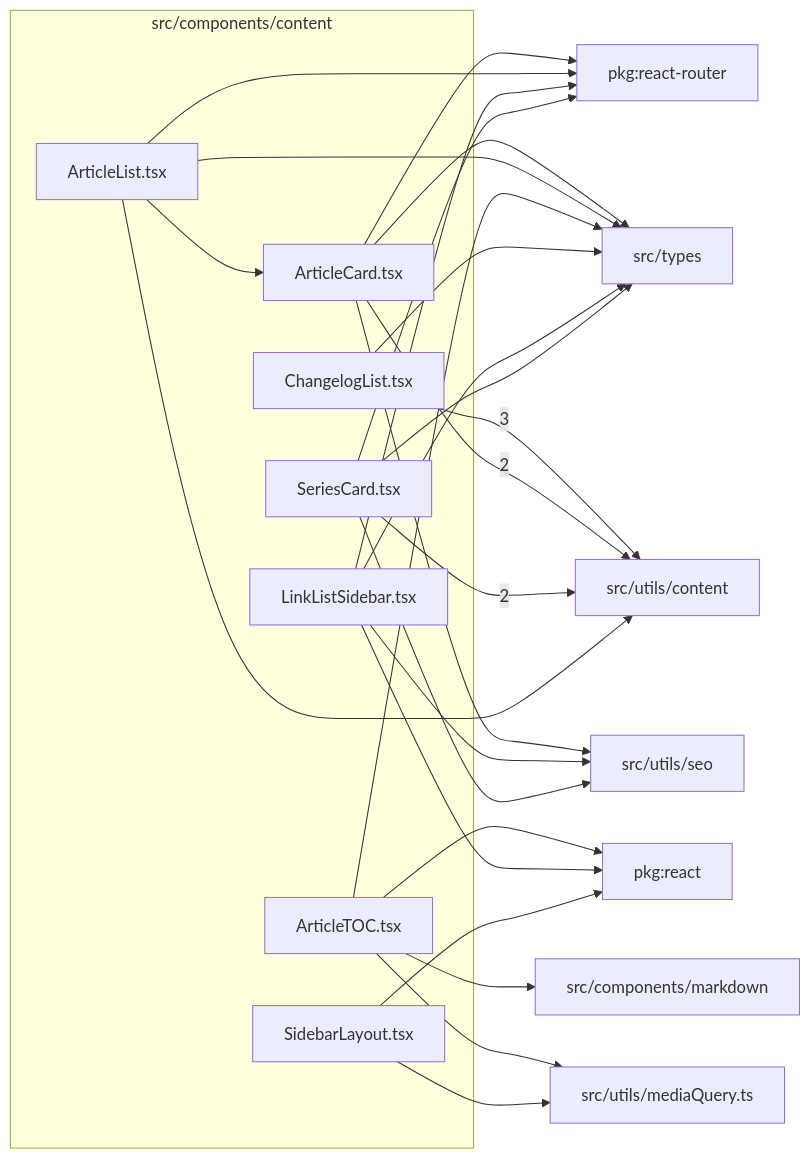
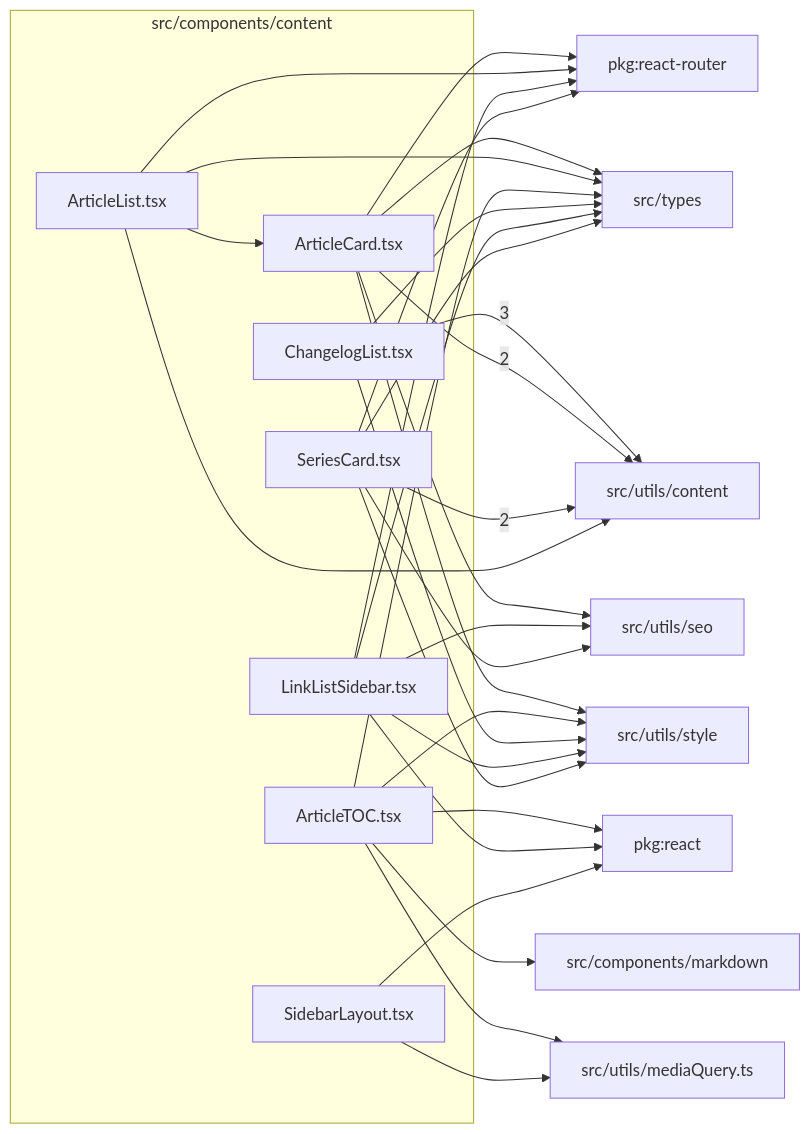
The diagram in src/components/content/readme.md (ronbuening/LensVisualizer), drawn with Mermaid before and after one commit. The commit also changed other lines of this file and 128 other files, not shown here.

````diff
--- a/src/components/content/readme.md
+++ b/src/components/content/readme.md
@@ -9,43 +9,49 @@
 ```mermaid
 flowchart LR
   subgraph n_src_components_content["src/components/content"]
     n_src_components_content_src_components_content_ArticleCard_tsx["ArticleCard.tsx"]
     n_src_components_content_src_components_content_ArticleList_tsx["ArticleList.tsx"]
     n_src_components_content_src_components_content_ArticleTOC_tsx["ArticleTOC.tsx"]
     n_src_components_content_src_components_content_ChangelogList_tsx["ChangelogList.tsx"]
     n_src_components_content_src_components_content_LinkListSidebar_tsx["LinkListSidebar.tsx"]
     n_src_components_content_src_components_content_SeriesCard_tsx["SeriesCard.tsx"]
     n_src_components_content_src_components_content_SidebarLayout_tsx["SidebarLayout.tsx"]
   end
   n_external_src_utils_content["src/utils/content"]
   n_external_pkg_react["pkg:react"]
   n_external_pkg_react_router["pkg:react-router"]
   n_external_src_components_markdown["src/components/markdown"]
   n_external_src_types["src/types"]
   n_external_src_utils_mediaQuery_ts["src/utils/mediaQuery.ts"]
   n_external_src_utils_seo["src/utils/seo"]
+  n_external_src_utils_style["src/utils/style"]
   n_src_components_content_src_components_content_ChangelogList_tsx --> |3| n_external_src_utils_content
   n_src_components_content_src_components_content_ArticleCard_tsx --> |2| n_external_src_utils_content
   n_src_components_content_src_components_content_SeriesCard_tsx --> |2| n_external_src_utils_content
   n_src_components_content_src_components_content_ArticleTOC_tsx --> n_external_pkg_react
   n_src_components_content_src_components_content_LinkListSidebar_tsx --> n_external_pkg_react
   n_src_components_content_src_components_content_SidebarLayout_tsx --> n_external_pkg_react
   n_src_components_content_src_components_content_ArticleCard_tsx --> n_external_pkg_react_router
   n_src_components_content_src_components_content_ArticleList_tsx --> n_external_pkg_react_router
   n_src_components_content_src_components_content_LinkListSidebar_tsx --> n_external_pkg_react_router
   n_src_components_content_src_components_content_SeriesCard_tsx --> n_external_pkg_react_router
   n_src_components_content_src_components_content_ArticleTOC_tsx --> n_external_src_components_markdown
   n_src_components_content_src_components_content_ArticleCard_tsx --> n_external_src_types
   n_src_components_content_src_components_content_ArticleList_tsx --> n_external_src_types
   n_src_components_content_src_components_content_ArticleTOC_tsx --> n_external_src_types
   n_src_components_content_src_components_content_ChangelogList_tsx --> n_external_src_types
   n_src_components_content_src_components_content_LinkListSidebar_tsx --> n_external_src_types
   n_src_components_content_src_components_content_SeriesCard_tsx --> n_external_src_types
   n_src_components_content_src_components_content_ArticleList_tsx --> n_external_src_utils_content
   n_src_components_content_src_components_content_ArticleTOC_tsx --> n_external_src_utils_mediaQuery_ts
   n_src_components_content_src_components_content_SidebarLayout_tsx --> n_external_src_utils_mediaQuery_ts
   n_src_components_content_src_components_content_ArticleCard_tsx --> n_external_src_utils_seo
   n_src_components_content_src_components_content_LinkListSidebar_tsx --> n_external_src_utils_seo
   n_src_components_content_src_components_content_SeriesCard_tsx --> n_external_src_utils_seo
+  n_src_components_content_src_components_content_ArticleCard_tsx --> n_external_src_utils_style
+  n_src_components_content_src_components_content_ArticleTOC_tsx --> n_external_src_utils_style
+  n_src_components_content_src_components_content_ChangelogList_tsx --> n_external_src_utils_style
+  n_src_components_content_src_components_content_LinkListSidebar_tsx --> n_external_src_utils_style
+  n_src_components_content_src_components_content_SeriesCard_tsx --> n_external_src_utils_style
   n_src_components_content_src_components_content_ArticleList_tsx --> n_src_components_content_src_components_content_ArticleCard_tsx
 ```
````
